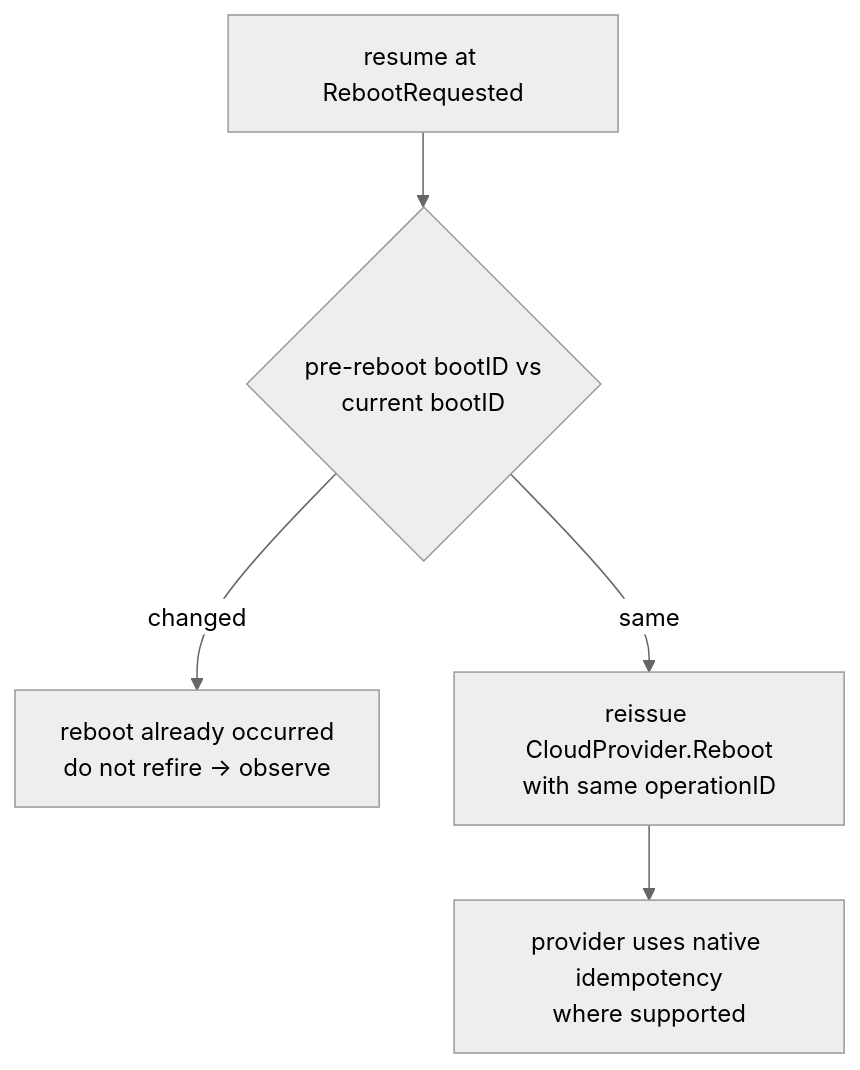
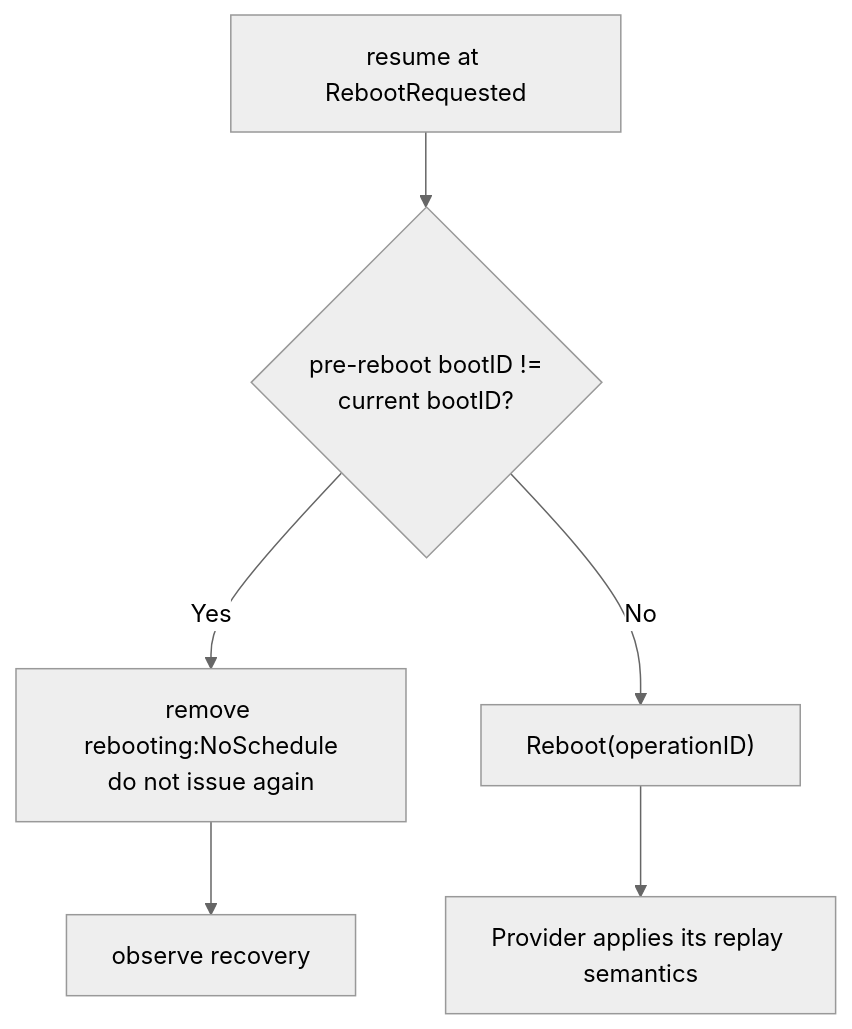
The third of 3 diagrams in designs/reboot-node-action.md (kubernetes-sigs/karpenter), drawn with Mermaid (neutral theme) before and after one commit. The commit also changed other lines of this file, not shown here.

First line of the commit message:
docs: revise reboot-node-action RFC

````diff
--- a/designs/reboot-node-action.md
+++ b/designs/reboot-node-action.md
@@ -239,10 +278,8 @@
 ```mermaid
 flowchart TD
-    R["resume at RebootRequested"] --> C{"pre-reboot bootID vs<br/>current bootID"}
-
-    C -->|"changed"| DONE["reboot already occurred<br/>do not refire → observe"]
-
-    C -->|"same"| REFIRE["reissue CloudProvider.Reboot<br/>with same operationID"]
-
-    REFIRE --> P["provider uses native idempotency<br/>where supported"]
+    R["resume at RebootRequested"] --> C{"pre-reboot bootID !=<br/>current bootID?"}
+    C -->|"Yes"| RELEASE["remove rebooting:NoSchedule<br/>do not issue again"]
+    RELEASE --> OBS["observe recovery"]
+    C -->|"No"| RETRY["Reboot(operationID)"]
+    RETRY --> P["Provider applies its replay semantics"]
 ```
````
